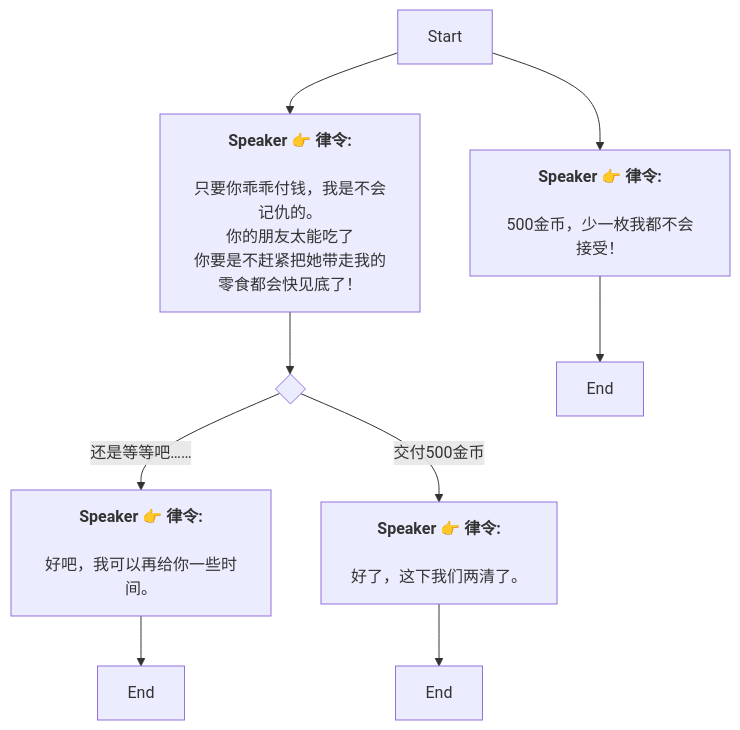
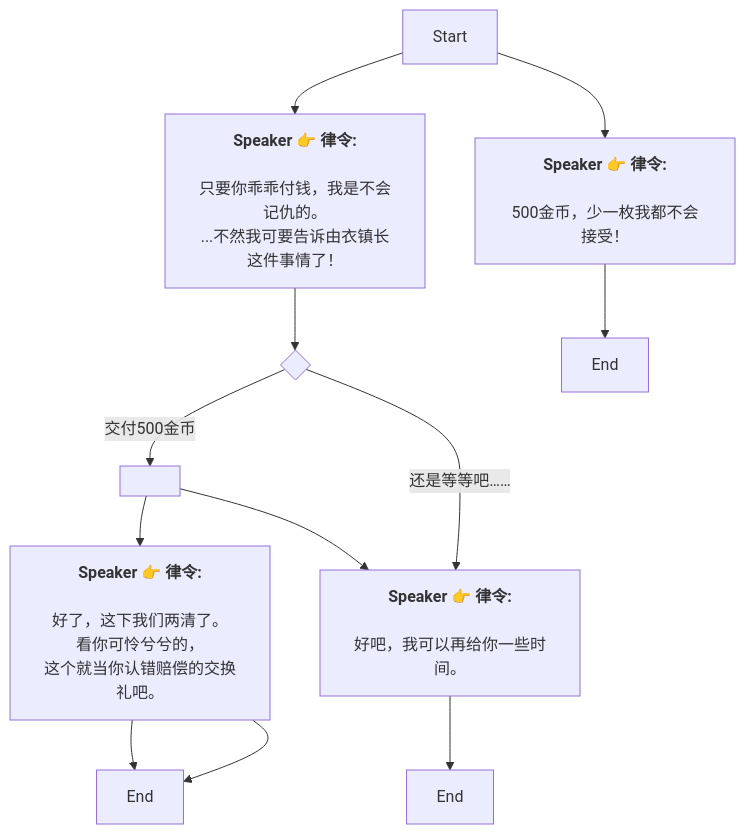
Before and after one commit to SoftHu/tos_avg: the diagram in Zh/QuestTalkObjectiveNode_1739145281838423.md, drawn with Mermaid. The commit also changed 312 other files, not shown here.

````diff
--- a/Zh/QuestTalkObjectiveNode_1739145281838423.md
+++ b/Zh/QuestTalkObjectiveNode_1739145281838423.md
@@ -1,22 +1,28 @@
 ```mermaid
 graph
 Start -->1739145508784474[<b>Speaker 👉 律令:</b>
 
 只要你乖乖付钱，我是不会记仇的。
-你的朋友太能吃了
-你要是不赶紧把她带走我的零食都会快见底了！]
+...不然我可要告诉由衣镇长这件事情了！]
 Start -->1739146462102898[<b>Speaker 👉 律令:</b>
 
 500金币，少一枚我都不会接受！]
 1739145508784474 -->1739145613992284{ }
+1739145613992284 -->|交付500金币|1739145581540699[ ]
 1739145613992284 -->|还是等等吧……|1739145810487649[<b>Speaker 👉 律令:</b>
 
 好吧，我可以再给你一些时间。]
-1739145613992284 -->|交付500金币|1739145858092387[<b>Speaker 👉 律令:</b>
+1739145581540699 -->1739145858092387[<b>Speaker 👉 律令:</b>
 
-好了，这下我们两清了。]
+好了，这下我们两清了。
+看你可怜兮兮的，
+这个就当你认错赔偿的交换礼吧。]
+1739145581540699 -->1739145810487649[<b>Speaker 👉 律令:</b>
+
+好吧，我可以再给你一些时间。]
+1739145858092387 -->1739146078617956[End]
 1739145858092387 -->1739146078617956[End]
 1739145810487649 -->1739145852275042[End]
 1739146462102898 -->1739146492336499[End]
 
  ```
````
